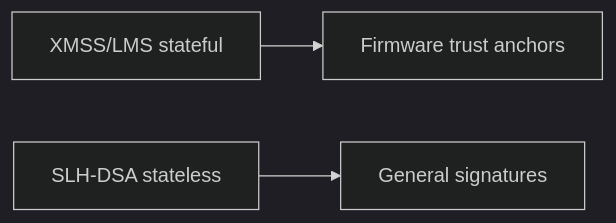
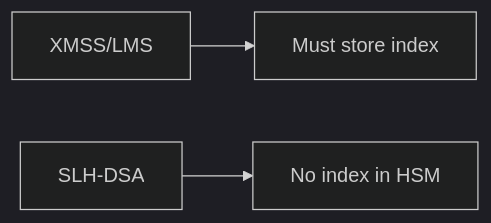
One commit to kalyogyogi-ui/Ai-check- changed the second of 2 diagrams in manuscript/chapters/07-hash-based.md. Above: the diagram before and after it, drawn with Mermaid (dark theme). The commit also changed other lines of this file and 31 other files, not shown here.

First line of the commit message:
Fix figure placement: in-section after intro text, repair corrupted headings

````diff
--- a/manuscript/chapters/07-hash-based.md
+++ b/manuscript/chapters/07-hash-based.md
@@ -37,5 +141,5 @@
 ```mermaid
 flowchart LR
-  XMSS[XMSS/LMS stateful] --> FW[Firmware trust anchors]
-  SLH[SLH-DSA stateless] --> TLS[General signatures]
+  XMSS[XMSS/LMS] --> HSM[Must store index]
+  SLH[SLH-DSA] --> STATELESS[No index in HSM]
 ```
````
